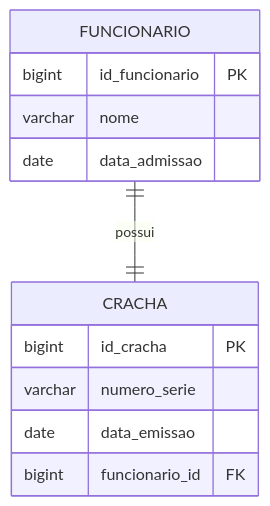
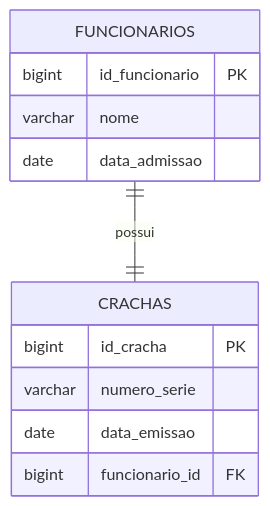
The first of 12 diagrams in aulas/Cardinalidade_MER_Completo.md (DSM-Fatec-Jahu/Banco-de-Dados-Relacional-IBD015), drawn with Mermaid before and after one commit. The commit also changed other lines of this file and 1 other file, not shown here.

````diff
--- a/aulas/Cardinalidade_MER_Completo.md
+++ b/aulas/Cardinalidade_MER_Completo.md
@@ -154,17 +154,17 @@
 ```mermaid
 erDiagram
-    FUNCIONARIO {
+    FUNCIONARIOS {
         bigint id_funcionario PK
         varchar nome
         date data_admissao
     }
 
-    CRACHA {
+    CRACHAS {
         bigint id_cracha PK
         varchar numero_serie
         date data_emissao
         bigint funcionario_id FK
     }
 
-    FUNCIONARIO ||--|| CRACHA : "possui"
+    FUNCIONARIOS ||--|| CRACHAS : "possui"
 ```
````
